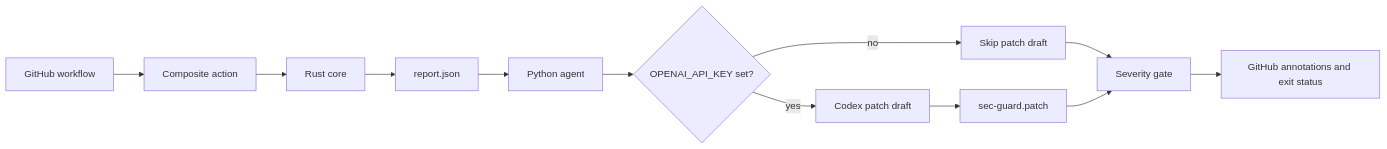
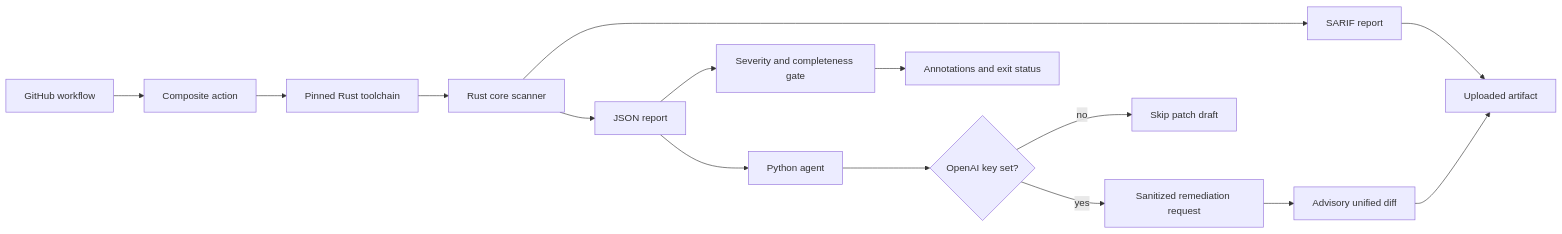
One commit to dabdul-wahab1988/sec-guard-action changed the diagram in README.md. Above: the diagram before and after it, drawn with Mermaid. The commit also changed other lines of this file and 19 other files, not shown here.

````diff
--- a/README.md
+++ b/README.md
@@ -11,14 +14,17 @@
 ```mermaid
 flowchart LR
     A[GitHub workflow] --> B[Composite action]
-    B --> C[Rust core]
-    C --> D[report.json]
-    D --> E[Python agent]
-    E --> F{OPENAI_API_KEY set?}
-    F -->|yes| G[Codex patch draft]
-    F -->|no| H[Skip patch draft]
-    G --> I[sec-guard.patch]
-    H --> J[Severity gate]
-    I --> J
-    J --> K[GitHub annotations and exit status]
+    B --> C[Pinned Rust toolchain]
+    C --> D[Rust core scanner]
+    D --> E[JSON report]
+    D --> F[SARIF report]
+    E --> G[Python agent]
+    G --> H{OpenAI key set?}
+    H -->|yes| I[Sanitized remediation request]
+    H -->|no| J[Skip patch draft]
+    I --> K[Advisory unified diff]
+    E --> L[Severity and completeness gate]
+    F --> M[Uploaded artifact]
+    K --> M
+    L --> N[Annotations and exit status]
 ```
````
